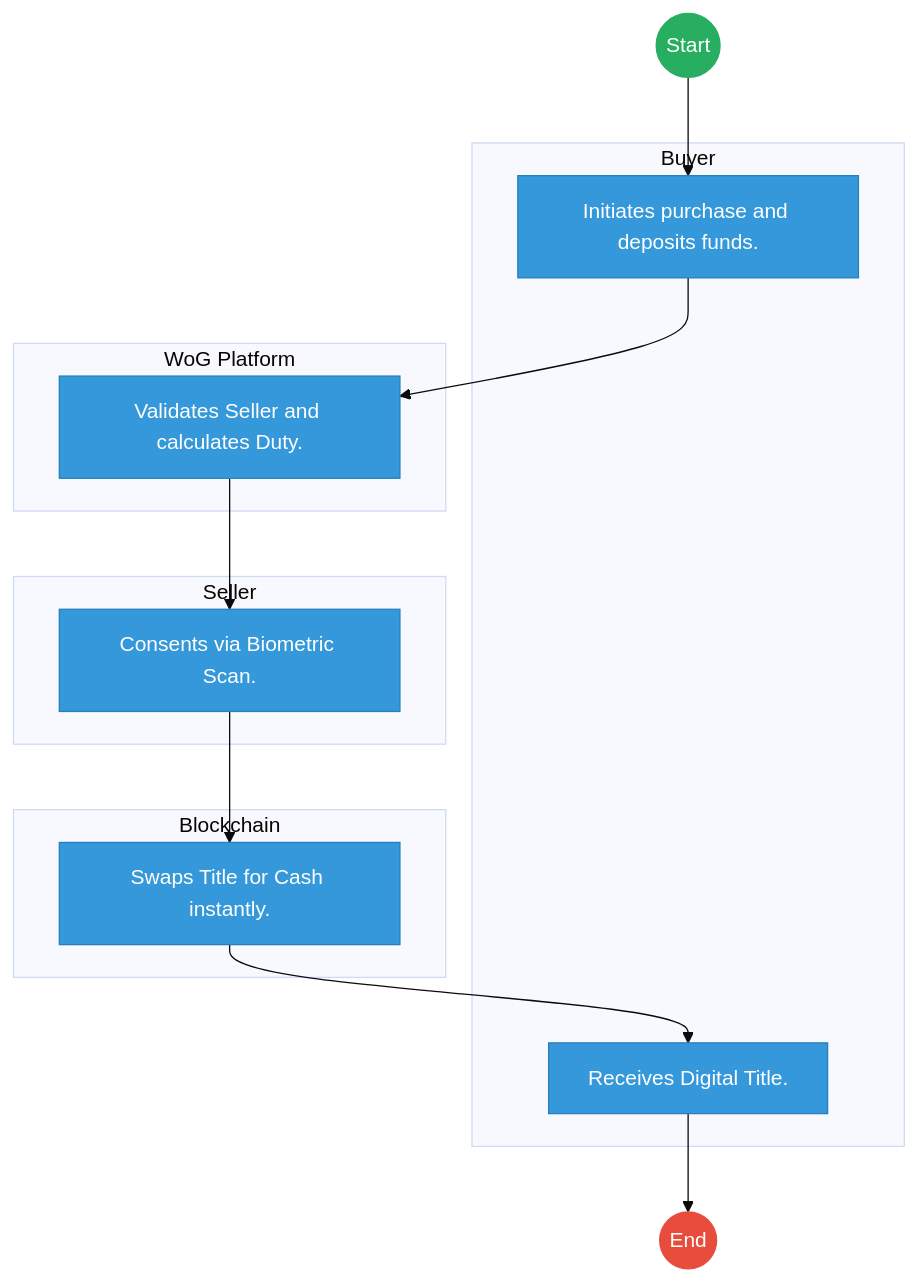
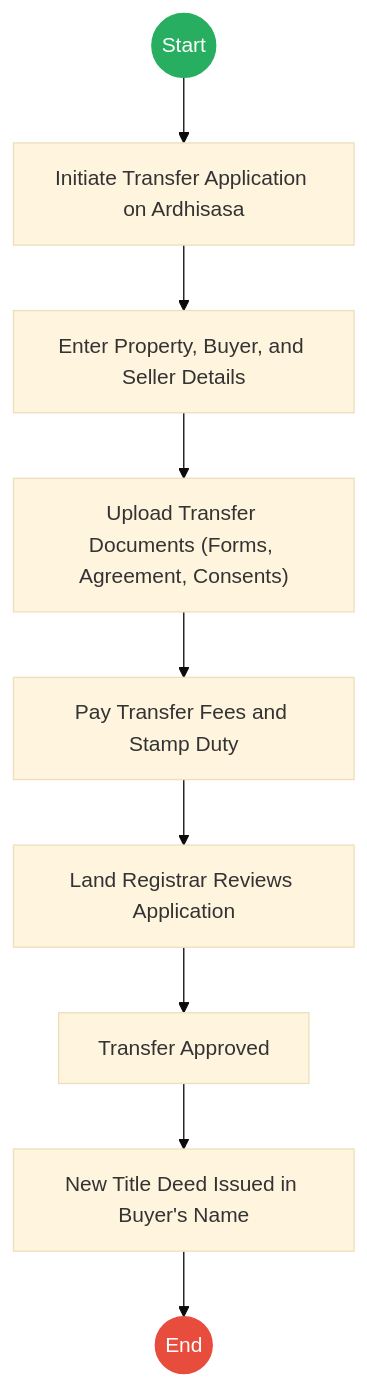
One commit to BITZ-IT-Consulting-LTD/ictapoc changed the third of 4 diagrams in mdas/docs_final/STATE_DEPARTMENT_FOR_LANDS_AND_PHYSICAL_PLANNING___Service_Delivery.md. Above: the diagram before and after it, drawn with Mermaid (base theme). The commit also changed other lines of this file, not shown here.

````diff
--- a/mdas/docs_final/STATE_DEPARTMENT_FOR_LANDS_AND_PHYSICAL_PLANNING___Service_Delivery.md
+++ b/mdas/docs_final/STATE_DEPARTMENT_FOR_LANDS_AND_PHYSICAL_PLANNING___Service_Delivery.md
@@ -132,35 +84,16 @@
 ```mermaid
 graph TD
     Start((Start)) --> S1
-
-    subgraph Buyer [Buyer]
-        S1["Initiates purchase and deposits funds."]
-        S5["Receives Digital Title."]
-    end
-
-    subgraph WoG_Platform [WoG Platform]
-        S2["Validates Seller and calculates Duty."]
-    end
-
-    subgraph Seller [Seller]
-        S3["Consents via Biometric Scan."]
-    end
-
-    subgraph Blockchain [Blockchain]
-        S4["Swaps Title for Cash instantly."]
-    end
-    S1 --> S2
-    S2 --> S3
-    S3 --> S4
-    S4 --> S5
-    S5 --> End((End))
+    S1["Initiate Transfer Application on Ardhisasa"] --> S2
+    S2["Enter Property, Buyer, and Seller Details"] --> S3
+    S3["Upload Transfer Documents (Forms, Agreement, Consents)"] --> S4
+    S4["Pay Transfer Fees and Stamp Duty"] --> S5
+    S5["Land Registrar Reviews Application"] --> S6
+    S6["Transfer Approved"] --> S7
+    S7["New Title Deed Issued in Buyer's Name"] --> End((End))
 
     classDef start fill:#27ae60,stroke:#27ae60,color:#fff;
     classDef endNode fill:#e74c3c,stroke:#e74c3c,color:#fff;
-    classDef userTask fill:#3498db,stroke:#2980b9,color:#fff;
-    classDef serviceTask fill:#9b59b6,stroke:#8e44ad,color:#fff;
-
     class Start start;
     class End endNode;
-    class S1,S2,S3,S4,S5 userTask;
 ```
````
